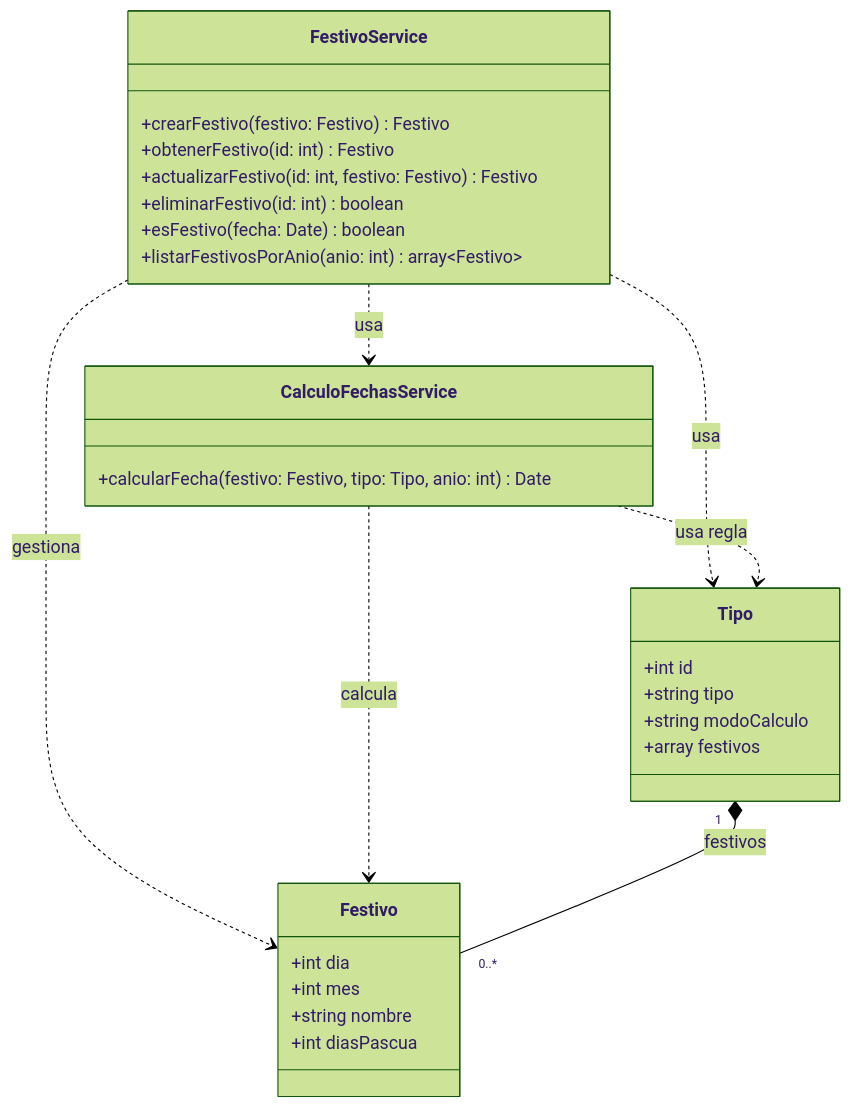
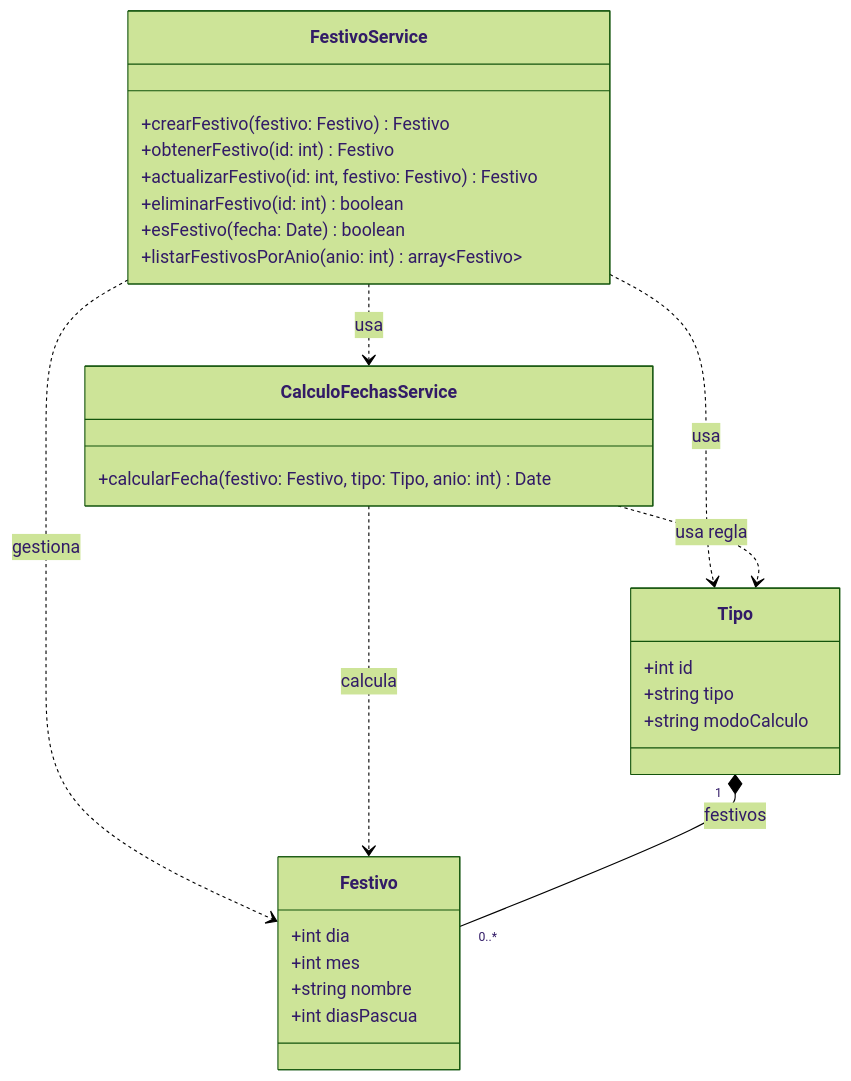
One commit to ivnmorales/Proyecto_Arquitectura_Festivos changed the diagram in diagramas/modelo-objetual-festivos.md. Above: the diagram before and after it, drawn with Mermaid (forest theme).

Commit message:
Actualizacion modelo-objetual por redundancia

````diff
--- a/diagramas/modelo-objetual-festivos.md
+++ b/diagramas/modelo-objetual-festivos.md
@@ -3,40 +3,39 @@
 ```mermaid
 classDiagram
 direction TB
 
 class FestivoService {
     +crearFestivo(festivo: Festivo) Festivo
     +obtenerFestivo(id: int) Festivo
     +actualizarFestivo(id: int, festivo: Festivo) Festivo
     +eliminarFestivo(id: int) boolean
     +esFestivo(fecha: Date) boolean
     +listarFestivosPorAnio(anio: int) array~Festivo~
 }
 
 class CalculoFechasService {
     +calcularFecha(festivo: Festivo, tipo: Tipo, anio: int) Date
 }
 
 class Tipo {
     +int id
     +string tipo
     +string modoCalculo
-    +array festivos
 }
 
 class Festivo {
     +int dia
     +int mes
     +string nombre
     +int diasPascua
 }
 
 FestivoService ..> Tipo : usa
 FestivoService ..> Festivo : gestiona
 FestivoService ..> CalculoFechasService : usa
 
 CalculoFechasService ..> Tipo : usa regla
 CalculoFechasService ..> Festivo : calcula
 
 Tipo "1" *-- "0..*" Festivo : festivos
 ```
````
